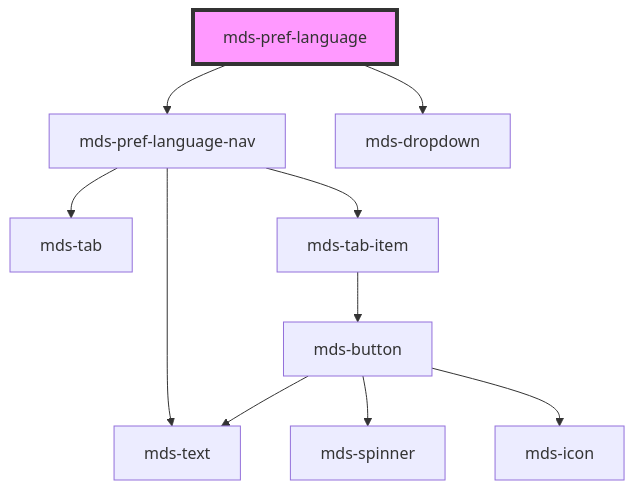
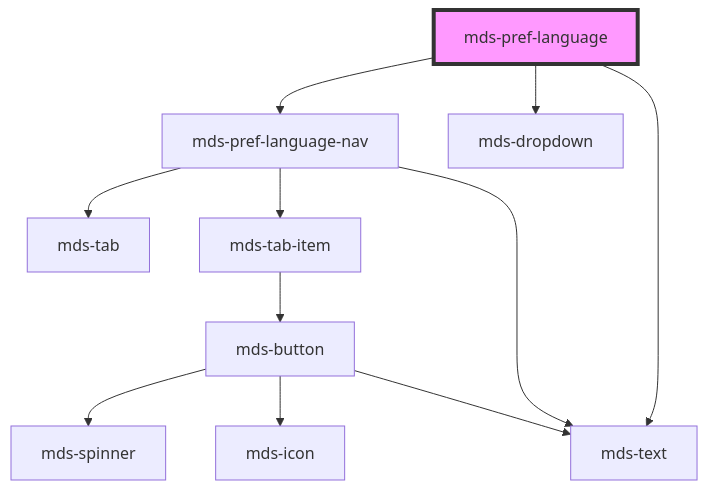
The diagram in projects/stencil/src/components/mds-pref-language/readme.md (magma-design-system/magma), drawn with Mermaid before and after one commit. The commit also changed other lines of this file and 56 other files, not shown here.

````diff
--- a/projects/stencil/src/components/mds-pref-language/readme.md
+++ b/projects/stencil/src/components/mds-pref-language/readme.md
@@ -23,13 +39,14 @@
 ```mermaid
 graph TD;
   mds-pref-language --> mds-pref-language-nav
   mds-pref-language --> mds-dropdown
+  mds-pref-language --> mds-text
   mds-pref-language-nav --> mds-text
   mds-pref-language-nav --> mds-tab
   mds-pref-language-nav --> mds-tab-item
   mds-tab-item --> mds-button
   mds-button --> mds-spinner
   mds-button --> mds-icon
   mds-button --> mds-text
   style mds-pref-language fill:#f9f,stroke:#333,stroke-width:4px
 ```
````
